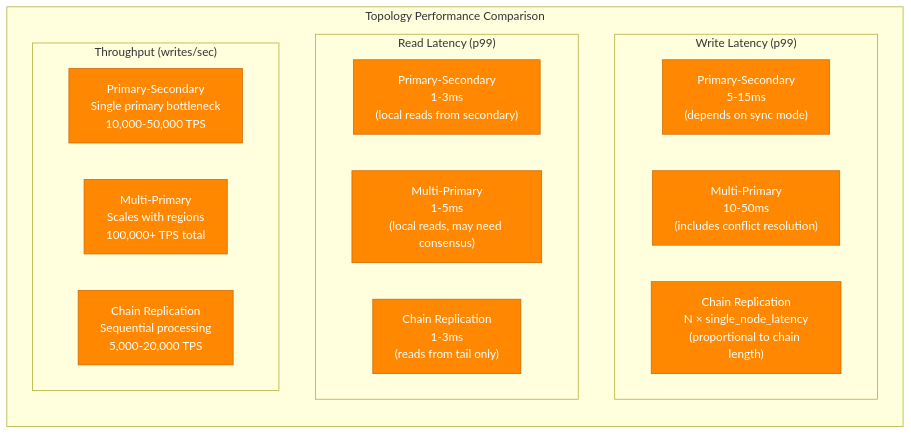
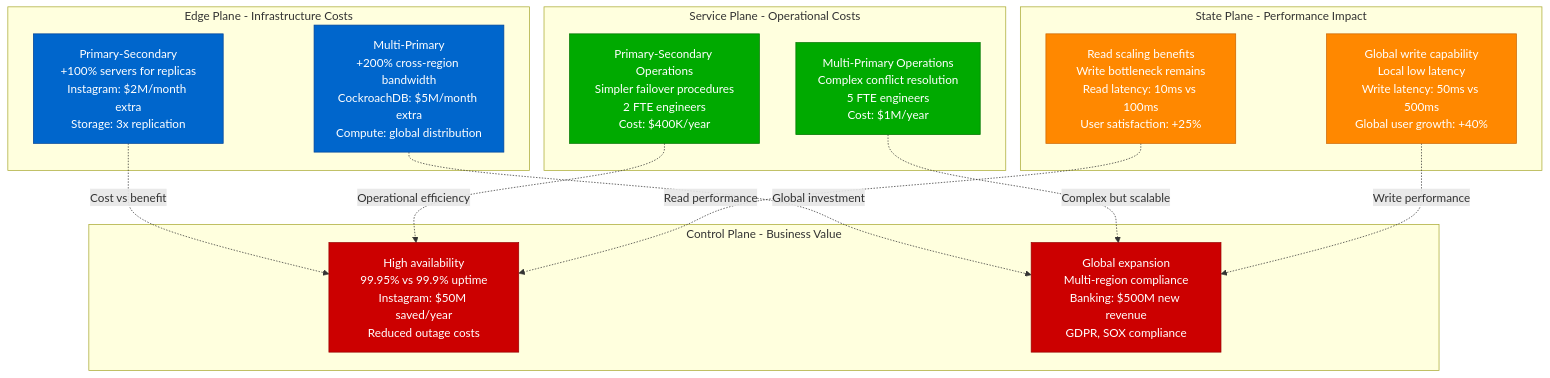
One commit to deepaucksharma/DS changed the eighth of 8 diagrams in site/docs/mechanisms/replication/replication-topologies.md. Above: the diagram before and after it, drawn with Mermaid. The commit also changed other lines of this file and 42 other files, not shown here.

````diff
--- a/site/docs/mechanisms/replication/replication-topologies.md
+++ b/site/docs/mechanisms/replication/replication-topologies.md
@@ -446,26 +417,40 @@
 ```mermaid
-graph LR
-    subgraph "Topology Performance Comparison"
-        subgraph "Write Latency (p99)"
-            PS_W_LAT["Primary-Secondary<br/>5-15ms<br/>(depends on sync mode)"]
-            MP_W_LAT["Multi-Primary<br/>10-50ms<br/>(includes conflict resolution)"]
-            CR_W_LAT["Chain Replication<br/>N × single_node_latency<br/>(proportional to chain length)"]
-        end
-
-        subgraph "Read Latency (p99)"
-            PS_R_LAT["Primary-Secondary<br/>1-3ms<br/>(local reads from secondary)"]
-            MP_R_LAT["Multi-Primary<br/>1-5ms<br/>(local reads, may need consensus)"]
-            CR_R_LAT["Chain Replication<br/>1-3ms<br/>(reads from tail only)"]
-        end
-
-        subgraph "Throughput (writes/sec)"
-            PS_THRU["Primary-Secondary<br/>Single primary bottleneck<br/>10,000-50,000 TPS"]
-            MP_THRU["Multi-Primary<br/>Scales with regions<br/>100,000+ TPS total"]
-            CR_THRU["Chain Replication<br/>Sequential processing<br/>5,000-20,000 TPS"]
-        end
+graph TB
+    subgraph EDGE["Edge Plane - Infrastructure Costs"]
+        INFRA_PS["Primary-Secondary<br/>+100% servers for replicas<br/>Instagram: $2M/month extra<br/>Storage: 3x replication"]
+        INFRA_MP["Multi-Primary<br/>+200% cross-region bandwidth<br/>CockroachDB: $5M/month extra<br/>Compute: global distribution"]
     end
 
-    %% Apply state plane color for performance metrics
-    classDef stateStyle fill:#FF8800,stroke:#CC6600,color:#fff
-    class PS_W_LAT,MP_W_LAT,CR_W_LAT,PS_R_LAT,MP_R_LAT,CR_R_LAT,PS_THRU,MP_THRU,CR_THRU stateStyle
+    subgraph SERVICE["Service Plane - Operational Costs"]
+        OPS_PS["Primary-Secondary Operations<br/>Simpler failover procedures<br/>2 FTE engineers<br/>Cost: $400K/year"]
+        OPS_MP["Multi-Primary Operations<br/>Complex conflict resolution<br/>5 FTE engineers<br/>Cost: $1M/year"]
+    end
+
+    subgraph STATE["State Plane - Performance Impact"]
+        PERF_PS["Read scaling benefits<br/>Write bottleneck remains<br/>Read latency: 10ms vs 100ms<br/>User satisfaction: +25%"]
+        PERF_MP["Global write capability<br/>Local low latency<br/>Write latency: 50ms vs 500ms<br/>Global user growth: +40%"]
+    end
+
+    subgraph CONTROL["Control Plane - Business Value"]
+        VALUE_PS["High availability<br/>99.95% vs 99.9% uptime<br/>Instagram: $50M saved/year<br/>Reduced outage costs"]
+        VALUE_MP["Global expansion<br/>Multi-region compliance<br/>Banking: $500M new revenue<br/>GDPR, SOX compliance"]
+    end
+
+    INFRA_PS -.->|"Cost vs benefit"| VALUE_PS
+    INFRA_MP -.->|"Global investment"| VALUE_MP
+    OPS_PS -.->|"Operational efficiency"| VALUE_PS
+    OPS_MP -.->|"Complex but scalable"| VALUE_MP
+    PERF_PS -.->|"Read performance"| VALUE_PS
+    PERF_MP -.->|"Write performance"| VALUE_MP
+
+    %% Production 4-plane colors
+    classDef edge fill:#0066CC,stroke:#004499,color:#fff
+    classDef service fill:#00AA00,stroke:#007700,color:#fff
+    classDef state fill:#FF8800,stroke:#CC6600,color:#fff
+    classDef control fill:#CC0000,stroke:#990000,color:#fff
+
+    class INFRA_PS,INFRA_MP edge
+    class OPS_PS,OPS_MP service
+    class PERF_PS,PERF_MP state
+    class VALUE_PS,VALUE_MP control
 ```
````
